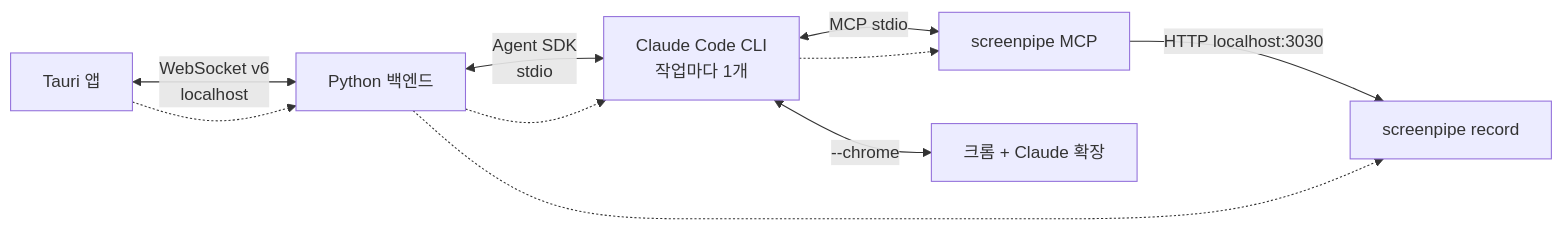
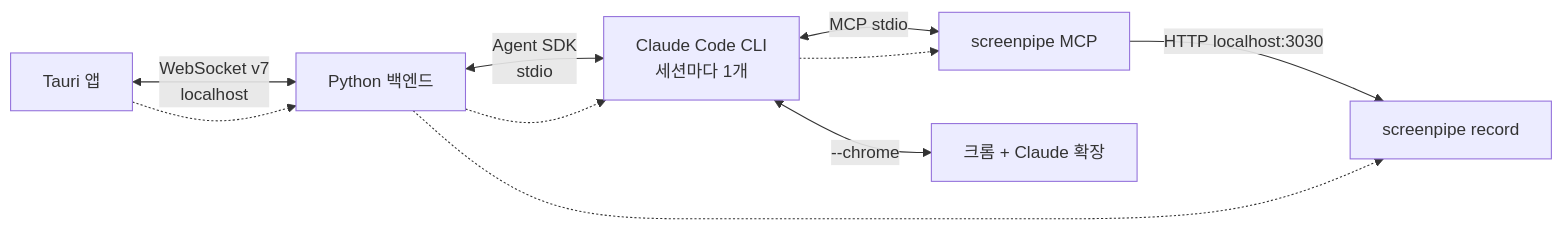
Before and after one commit to HEOSEONGILml/AssistantChatBot: the second of 18 diagrams in ARCHITECTURE.md, drawn with Mermaid. The commit also changed other lines of this file and 36 other files, not shown here.

````diff
--- a/ARCHITECTURE.md
+++ b/ARCHITECTURE.md
@@ -59,13 +32,13 @@
 ```mermaid
 flowchart LR
-  APP["Tauri 앱"] <-->|"WebSocket v6<br>localhost"| BE["Python 백엔드"]
-  BE <-->|"Agent SDK<br>stdio"| CC["Claude Code CLI<br>작업마다 1개"]
+  APP["Tauri 앱"] <-->|"WebSocket v7<br>localhost"| BE["Python 백엔드"]
+  BE <-->|"Agent SDK<br>stdio"| CC["Claude Code CLI<br>세션마다 1개"]
   CC <-->|"MCP stdio"| SPM["screenpipe MCP"]
   SPM -->|"HTTP localhost:3030"| SP["screenpipe record"]
   CC <-->|"--chrome"| CH["크롬 + Claude 확장"]
 
   APP -.-> BE
   BE -.-> CC
   BE -.-> SP
   CC -.-> SPM
 ```
````
